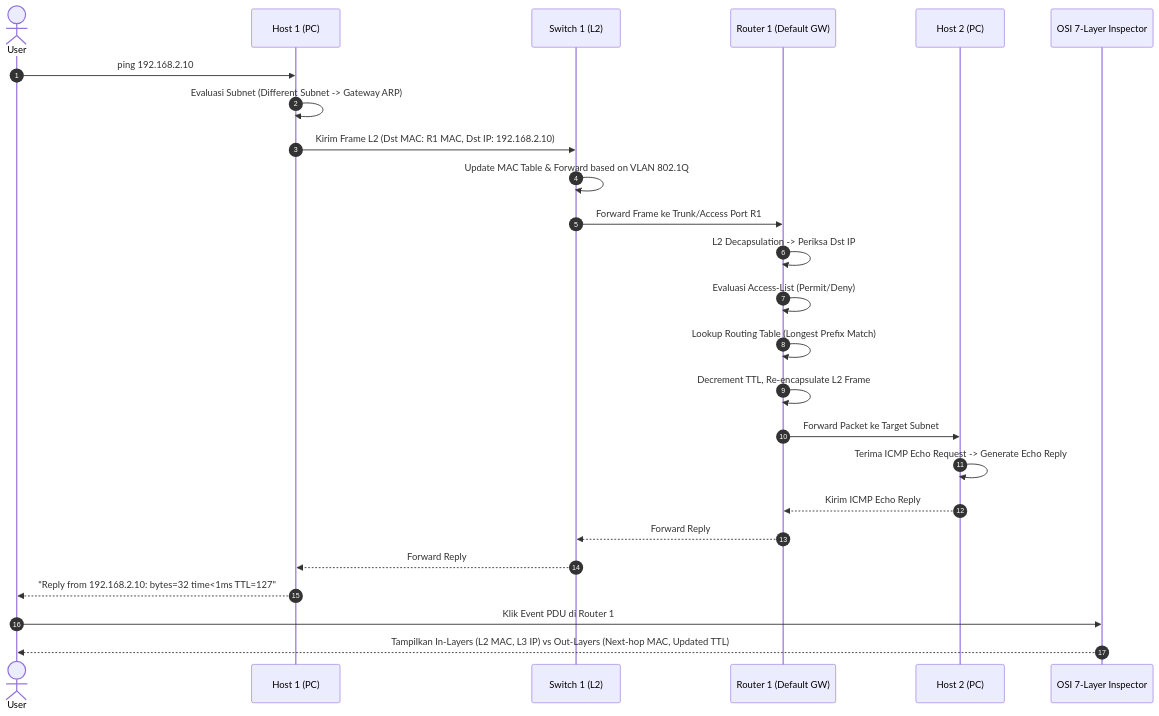
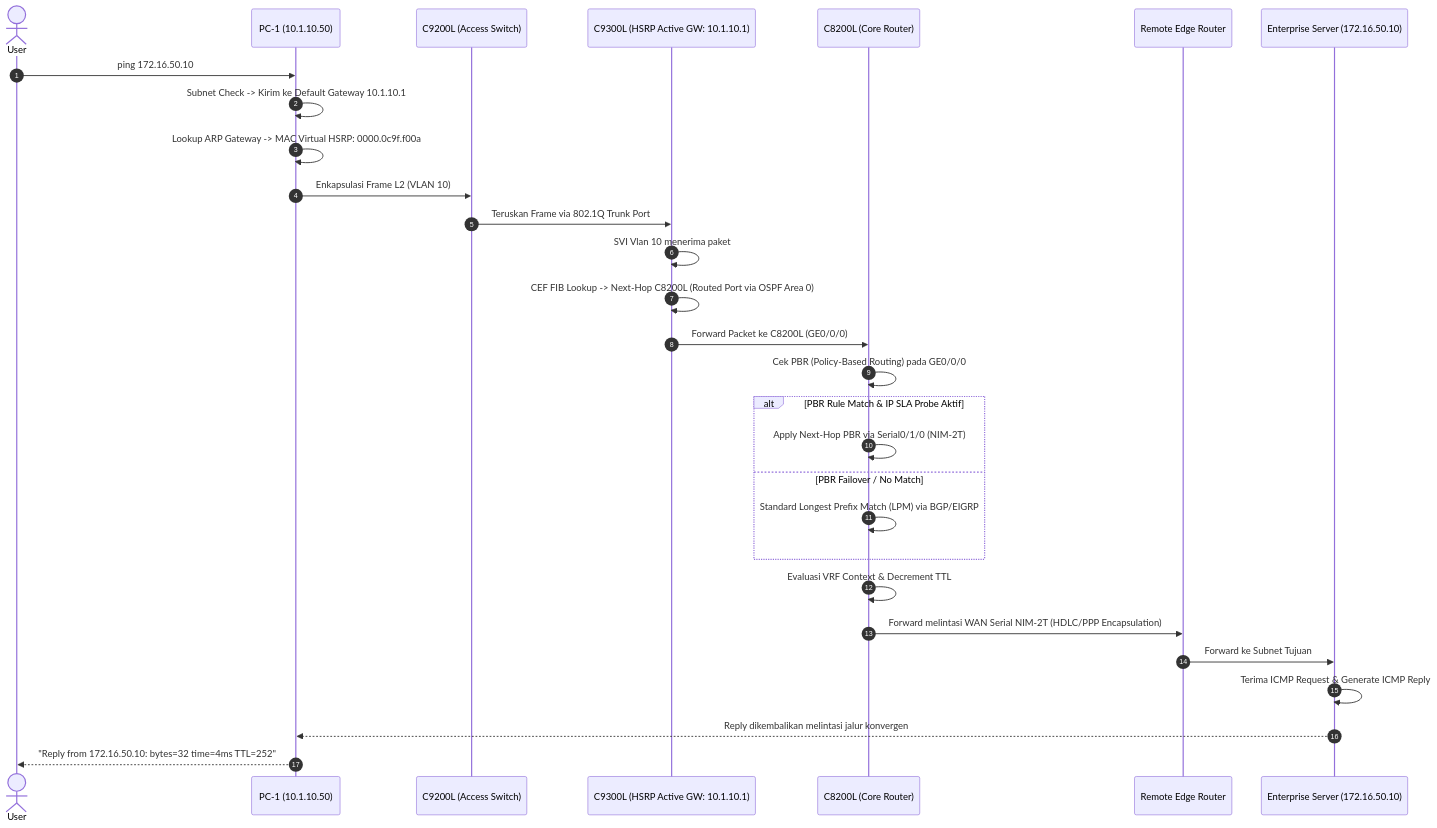
The fourth of 5 diagrams in docs/03_SYSTEM_ARCHITECTURE_AND_DESIGN_SDD.md (abunabiha/ccna-network-simulator), drawn with Mermaid before and after one commit. The commit also changed other lines of this file and 10 other files, not shown here.

````diff
--- a/docs/03_SYSTEM_ARCHITECTURE_AND_DESIGN_SDD.md
+++ b/docs/03_SYSTEM_ARCHITECTURE_AND_DESIGN_SDD.md
@@ -173,31 +272,35 @@
 ```mermaid
 sequenceDiagram
     autonumber
     actor User
-    participant Host1 as Host 1 (PC)
-    participant SW1 as Switch 1 (L2)
-    participant R1 as Router 1 (Default GW)
-    participant Host2 as Host 2 (PC)
-    participant UI as OSI 7-Layer Inspector
+    participant Host as PC-1 (10.1.10.50)
+    participant SW_L2 as C9200L (Access Switch)
+    participant SW_L3 as C9300L (HSRP Active GW: 10.1.10.1)
+    participant R_Core as C8200L (Core Router)
+    participant R_Edge as Remote Edge Router
+    participant Server as Enterprise Server (172.16.50.10)
 
-    User->>Host1: ping 192.168.2.10
-    Host1->>Host1: Evaluasi Subnet (Different Subnet -> Gateway ARP)
-    Host1->>SW1: Kirim Frame L2 (Dst MAC: R1 MAC, Dst IP: 192.168.2.10)
-    SW1->>SW1: Update MAC Table & Forward based on VLAN 802.1Q
-    SW1->>R1: Forward Frame ke Trunk/Access Port R1
+    User->>Host: ping 172.16.50.10
+    Host->>Host: Subnet Check -> Kirim ke Default Gateway 10.1.10.1
+    Host->>Host: Lookup ARP Gateway -> MAC Virtual HSRP: 0000.0c9f.f00a
+    Host->>SW_L2: Enkapsulasi Frame L2 (VLAN 10)
+    SW_L2->>SW_L3: Teruskan Frame via 802.1Q Trunk Port
     
-    R1->>R1: L2 Decapsulation -> Periksa Dst IP
-    R1->>R1: Evaluasi Access-List (Permit/Deny)
-    R1->>R1: Lookup Routing Table (Longest Prefix Match)
-    R1->>R1: Decrement TTL, Re-encapsulate L2 Frame
-    
-    R1->>Host2: Forward Packet ke Target Subnet
-    Host2->>Host2: Terima ICMP Echo Request -> Generate Echo Reply
-    Host2-->>R1: Kirim ICMP Echo Reply
-    R1-->>SW1: Forward Reply
-    SW1-->>Host1: Forward Reply
-    Host1-->>User: "Reply from 192.168.2.10: bytes=32 time<1ms TTL=127"
-    
-    User->>UI: Klik Event PDU di Router 1
-    UI-->>User: Tampilkan In-Layers (L2 MAC, L3 IP) vs Out-Layers (Next-hop MAC, Updated TTL)
+    SW_L3->>SW_L3: SVI Vlan 10 menerima paket
+    SW_L3->>SW_L3: CEF FIB Lookup -> Next-Hop C8200L (Routed Port via OSPF Area 0)
+    SW_L3->>R_Core: Forward Packet ke C8200L (GE0/0/0)
+
+    R_Core->>R_Core: Cek PBR (Policy-Based Routing) pada GE0/0/0
+    alt PBR Rule Match & IP SLA Probe Aktif
+        R_Core->>R_Core: Apply Next-Hop PBR via Serial0/1/0 (NIM-2T)
+    else PBR Failover / No Match
+        R_Core->>R_Core: Standard Longest Prefix Match (LPM) via BGP/EIGRP
+    end
+
+    R_Core->>R_Core: Evaluasi VRF Context & Decrement TTL
+    R_Core->>R_Edge: Forward melintasi WAN Serial NIM-2T (HDLC/PPP Encapsulation)
+    R_Edge->>Server: Forward ke Subnet Tujuan
+    Server->>Server: Terima ICMP Request & Generate ICMP Reply
+    Server-->>Host: Reply dikembalikan melintasi jalur konvergen
+    Host-->>User: "Reply from 172.16.50.10: bytes=32 time=4ms TTL=252"
 ```
````
